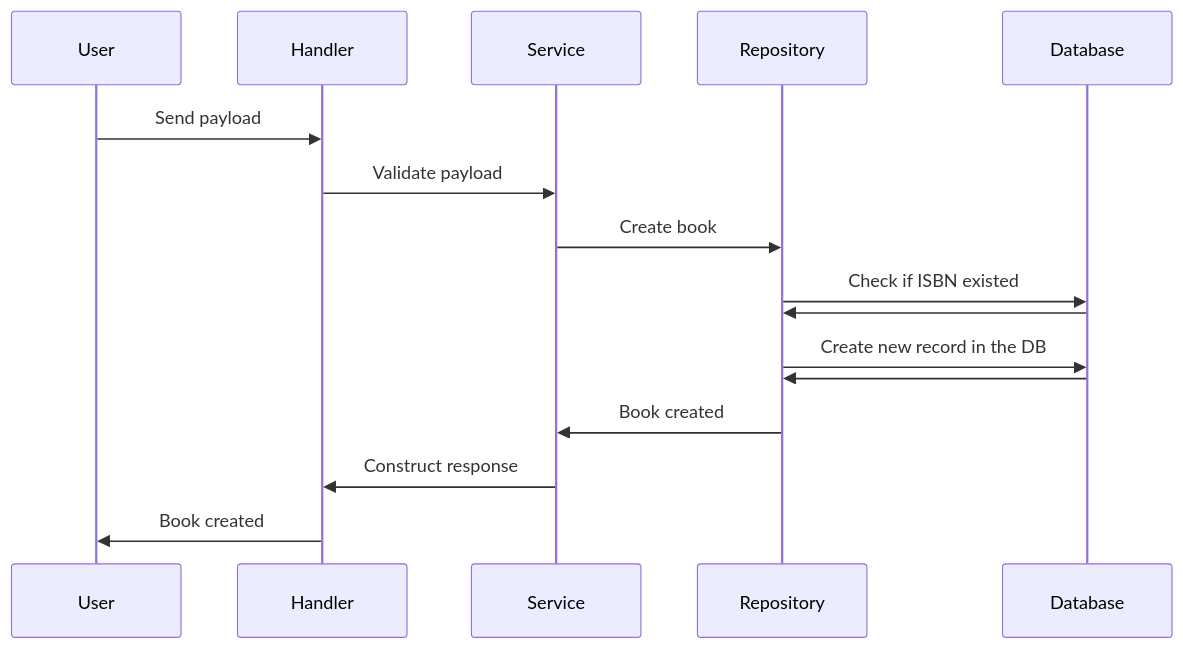
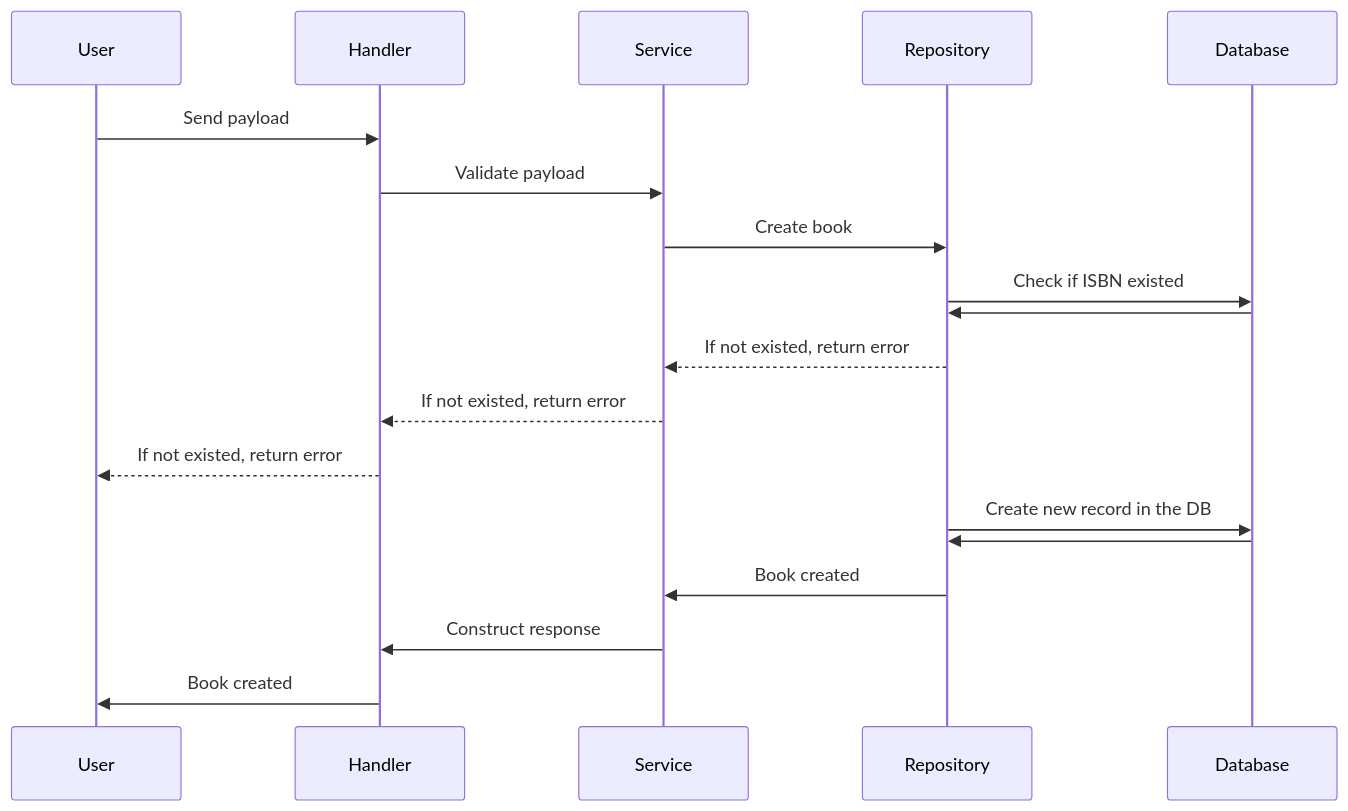
One commit to liberocks/isbn changed the first of 5 diagrams in README.md. Above: the diagram before and after it, drawn with Mermaid.

Commit message:
add endpoint documentation (1)

````diff
--- a/README.md
+++ b/README.md
@@ -30,15 +30,18 @@
 ```mermaid
 sequenceDiagram
     accTitle: Create a book
 
     User->>Handler: Send payload
     Handler->>Service: Validate payload
     Service->>Repository: Create book
     Repository->>Database: Check if ISBN existed
     Database->>Repository: 
+    Repository-->>Service: If not existed, return error
+    Service-->>Handler: If not existed, return error
+    Handler-->>User: If not existed, return error
     Repository->>Database: Create new record in the DB
     Database->>Repository: 
     Repository->>Service: Book created
     Service->>Handler: Construct response
     Handler->>User: Book created
 ```
````
